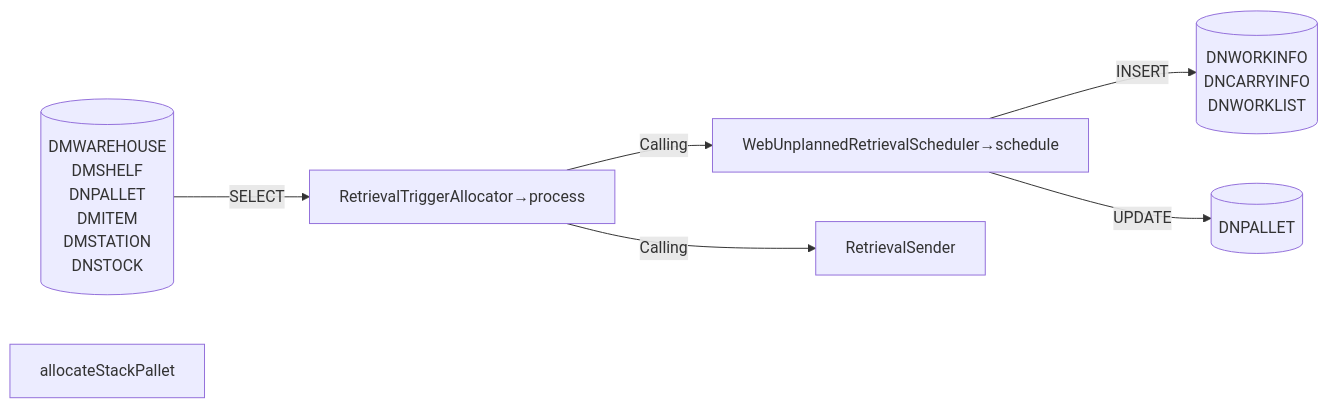
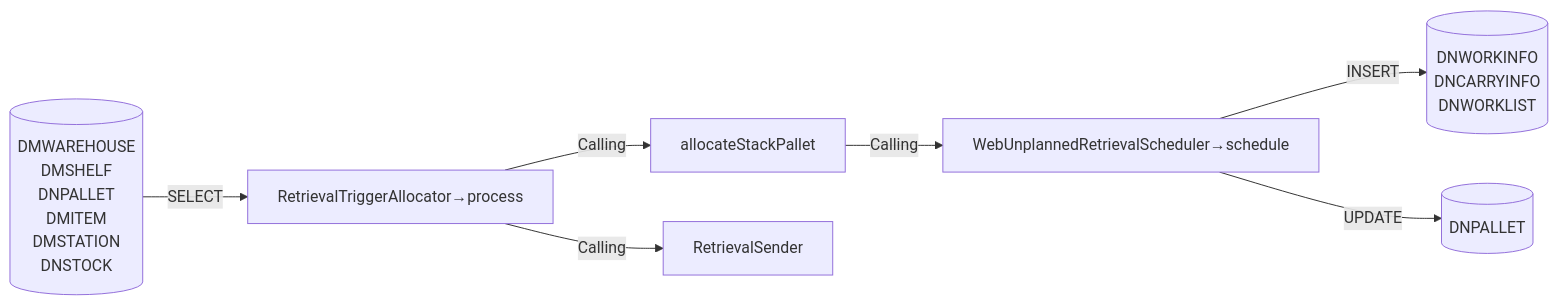
Before and after one commit to luthfiadityaa/SimeDarby-Wiki: the ninth of 15 diagrams in Basic-Design/DFD-WMS/Retrieval/Stacked-Empty-Pallet.md, drawn with Mermaid.

Commit message:
Updated Stacked Empty Pallet

```diff
--- a/Basic-Design/DFD-WMS/Retrieval/Stacked-Empty-Pallet.md
+++ b/Basic-Design/DFD-WMS/Retrieval/Stacked-Empty-Pallet.md
@@ -235,33 +235,33 @@
 ::: mermaid
 flowchart LR    
 
     tableList-insert[("
         DNWORKINFO
         DNCARRYINFO
         DNWORKLIST
     ")]
 
    tableList-update[("
         DNPALLET
     ")]
 
      tableList-select[("
         DMWAREHOUSE
         DMSHELF
         DNPALLET
         DMITEM
         DMSTATION
         DNSTOCK
     ")]
 
     className[RetrievalTriggerAllocator→process]
     className3[allocateStackPallet]
     className2[WebUnplannedRetrievalScheduler→schedule]
-    className--> |Calling| className2
+    className--> |Calling| className3 --> |Calling| className2
     className--> |Calling| P1[RetrievalSender]
     className2 --> |INSERT| tableList-insert
     className2 --> |UPDATE| tableList-update
     tableList-select --> |SELECT| className
     classDef leftAlign text-align:left;
     class input leftAlign;
 :::
```
